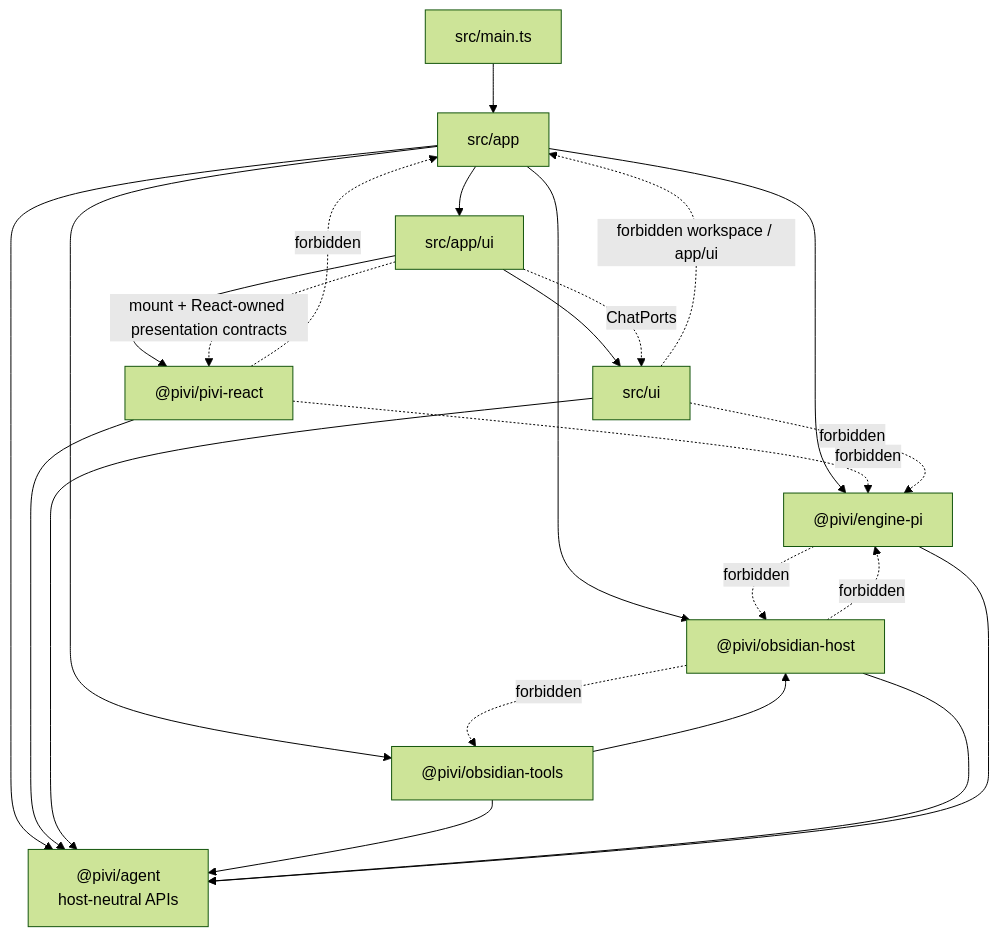
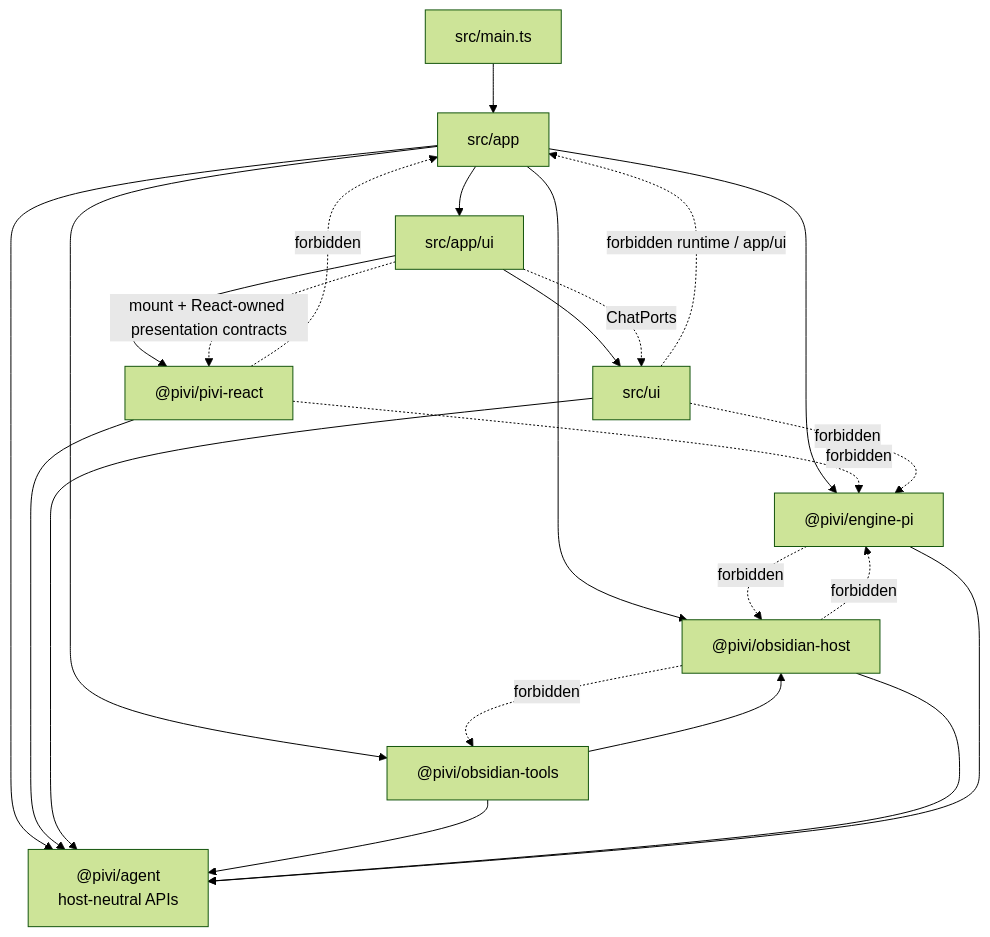
The fourth of 4 diagrams in AGENTS.md (shuuul/obsidian-pivi), drawn with Mermaid (forest theme) before and after one commit. The commit also changed other lines of this file and 679 other files, not shown here.

````diff
--- a/AGENTS.md
+++ b/AGENTS.md
@@ -217,26 +217,26 @@
 ```mermaid
 flowchart TD
   Main["src/main.ts"] --> App["src/app"]
   App --> AppUI["src/app/ui"]
   AppUI --> ReactUI["@pivi/pivi-react"]
   AppUI --> ChatUI["src/ui"]
   App --> Host["@pivi/obsidian-host"]
   App --> Tools["@pivi/obsidian-tools"]
   App --> Engine["@pivi/engine-pi"]
   App --> Agent["@pivi/agent<br/>host-neutral APIs"]
   ReactUI --> Agent
   ChatUI --> Agent
   Tools --> Host
   Tools --> Agent
   Host --> Agent
   Engine --> Agent
   AppUI -. "mount + React-owned presentation contracts" .-> ReactUI
   AppUI -. "ChatPorts" .-> ChatUI
   Host -. "forbidden" .-> Engine
   Host -. "forbidden" .-> Tools
   Engine -. "forbidden" .-> Host
   ReactUI -. "forbidden" .-> App
   ReactUI -. "forbidden" .-> Engine
   ChatUI -. "forbidden" .-> Engine
-  ChatUI -. "forbidden workspace / app/ui" .-> App
+  ChatUI -. "forbidden runtime / app/ui" .-> App
 ```
````
